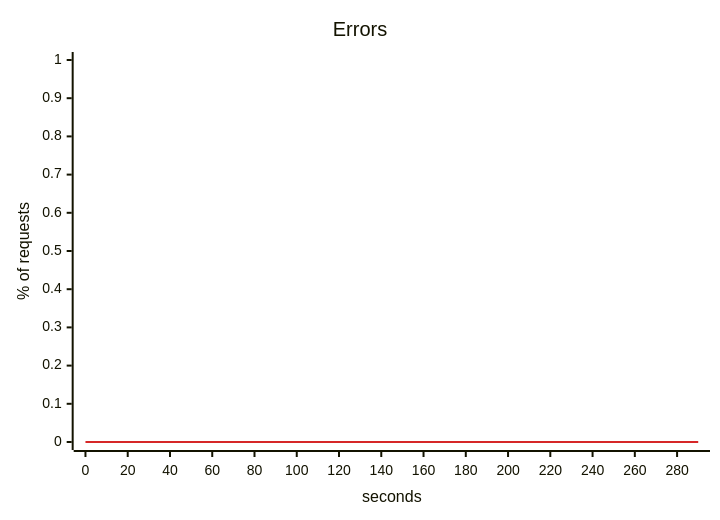
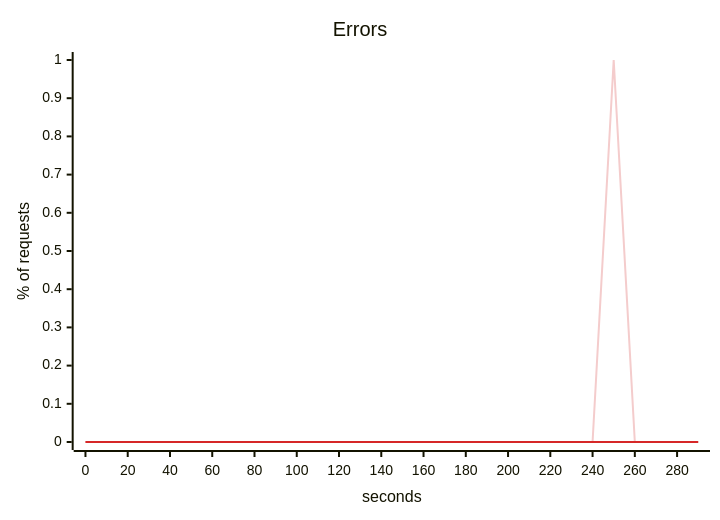
Before and after one commit to akinfemi/load-lore: the fourth of 5 diagrams in scenarios/viral-post/solutions/cache-the-posts/report.md, drawn with Mermaid. The commit also changed other lines of this file and 49 other files, not shown here.

````diff
--- a/scenarios/viral-post/solutions/cache-the-posts/report.md
+++ b/scenarios/viral-post/solutions/cache-the-posts/report.md
@@ -79,14 +81,15 @@
 ```mermaid
 ---
 config:
   themeVariables:
     xyChart:
       backgroundColor: "transparent"
-      plotColorPalette: "#d62728"
+      plotColorPalette: "#f4cccc, #d62728"
 ---
 xychart-beta
     title "Errors"
     x-axis "seconds" 0 --> 290
     y-axis "% of requests" 0 --> 1
+    line [0, 0, 0, 0, 0, 0, 0, 0, 0, 0, 0, 0, 0, 0, 0, 0, 0, 0, 0, 0, 0, 0, 0, 0, 0, 1, 0, 0, 0, 0]
     line [0, 0, 0, 0, 0, 0, 0, 0, 0, 0, 0, 0, 0, 0, 0, 0, 0, 0, 0, 0, 0, 0, 0, 0, 0, 0, 0, 0, 0, 0]
 ```
````
